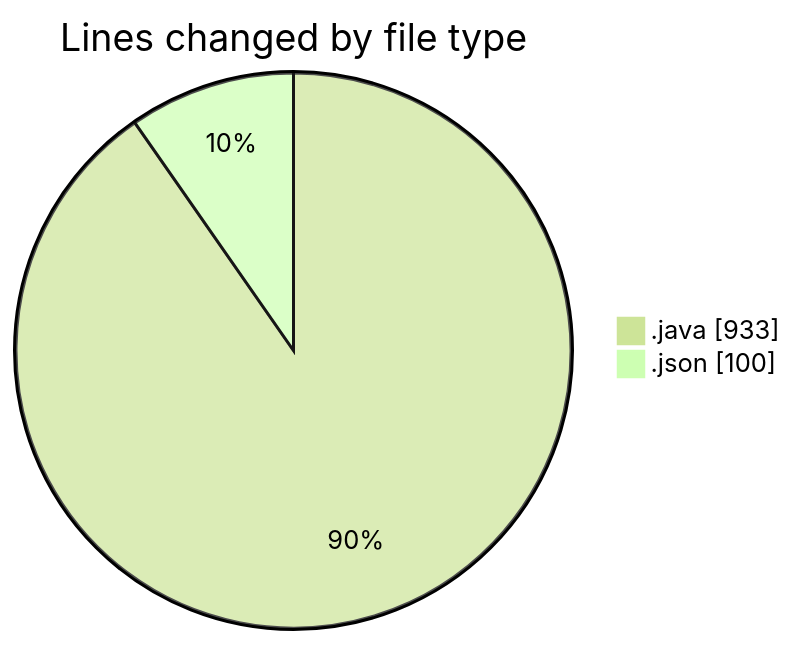
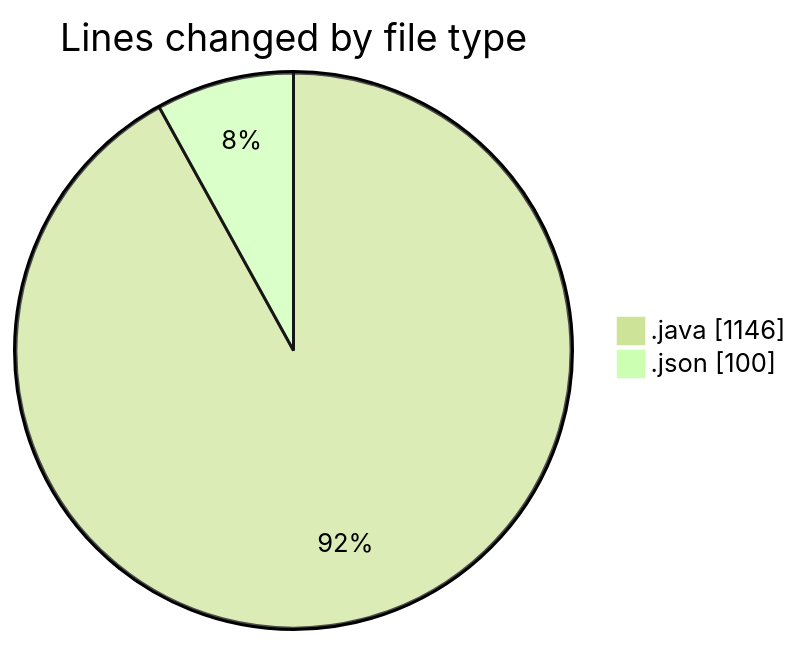
The first of 2 diagrams in 2026-05-12/cilapp/README.md (ricardozamudiocil/code-tracking), drawn with Mermaid (forest theme) before and after one commit. The commit also changed other lines of this file and 1 other file, not shown here.

````diff
--- a/2026-05-12/cilapp/README.md
+++ b/2026-05-12/cilapp/README.md
@@ -25,6 +25,6 @@
 ```mermaid
 pie showData
 title Lines changed by file type
-".java" : 933
+".java" : 1146
 ".json" : 100
 ```
````
